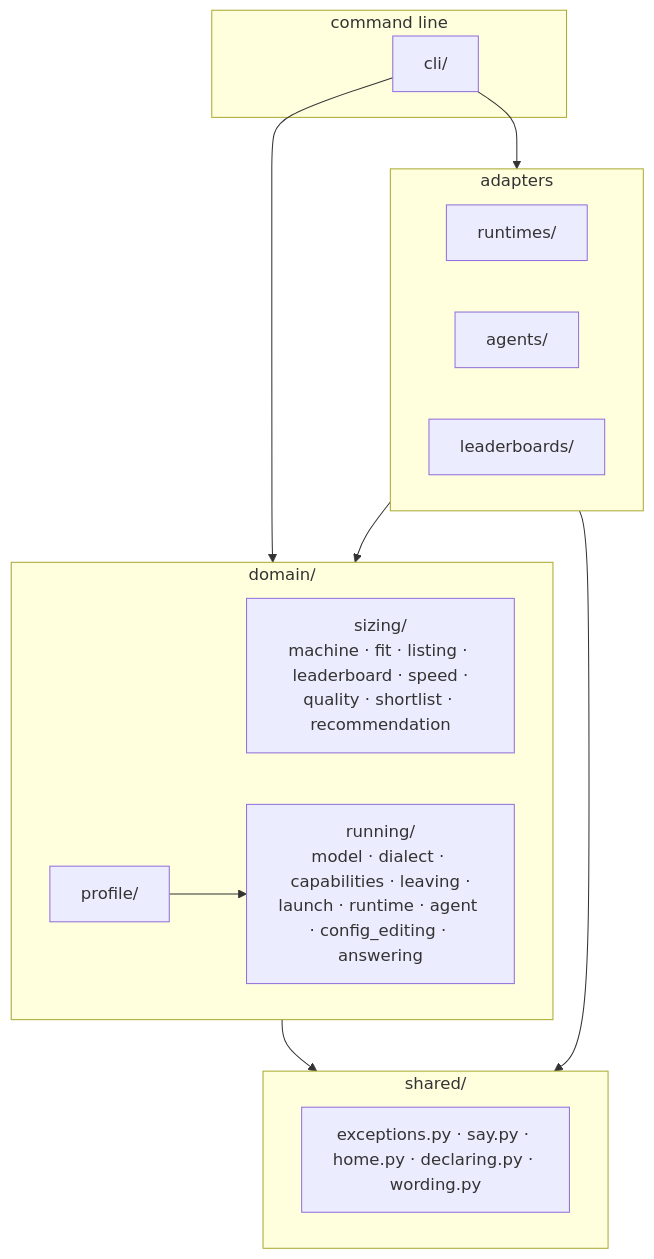
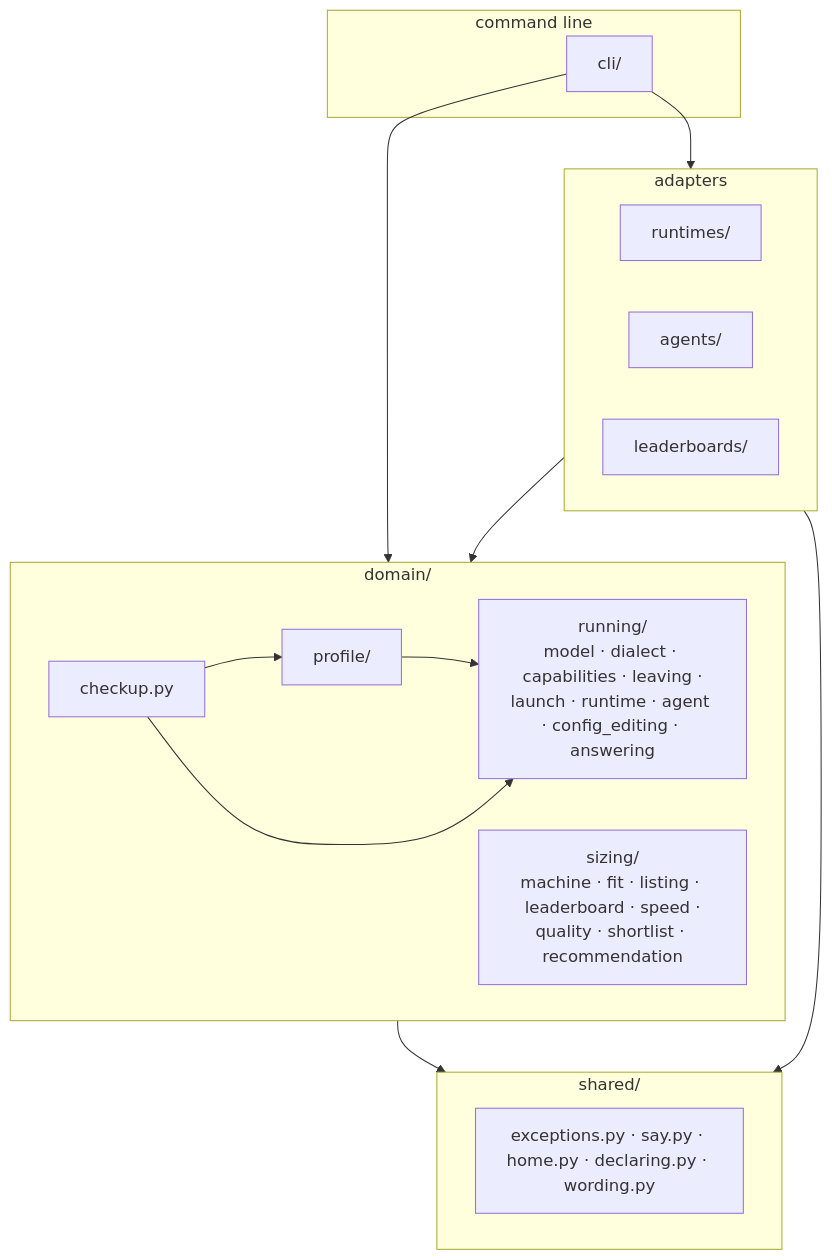
One commit to pvardanis/offgrid changed the first of 3 diagrams in docs/architecture.md. Above: the diagram before and after it, drawn with Mermaid. The commit also changed other lines of this file and 2 other files, not shown here.

First line of the commit message:
refactor(cli): put the checkup where both surfaces can read it

````diff
--- a/docs/architecture.md
+++ b/docs/architecture.md
@@ -13,26 +13,29 @@
 ```mermaid
 flowchart TD
     subgraph cmd [command line]
         cli["cli/"]
     end
     subgraph adapters [adapters]
         rt["runtimes/"]
         ag["agents/"]
         lb["leaderboards/"]
     end
     subgraph domain ["domain/"]
+        checkup["checkup.py"]
         sizing["sizing/<br/>machine · fit · listing · leaderboard · speed ·<br/>quality · shortlist · recommendation"]
         running["running/<br/>model · dialect · capabilities · leaving ·<br/>launch · runtime · agent · config_editing · answering"]
         profile["profile/"]
     end
     subgraph shared ["shared/"]
         sh["exceptions.py · say.py · home.py · declaring.py · wording.py"]
     end
 
     cli --> adapters
     cli --> domain
     adapters --> domain
     domain --> shared
     adapters --> shared
     profile --> running
+    checkup --> profile
+    checkup --> running
 ```
````
